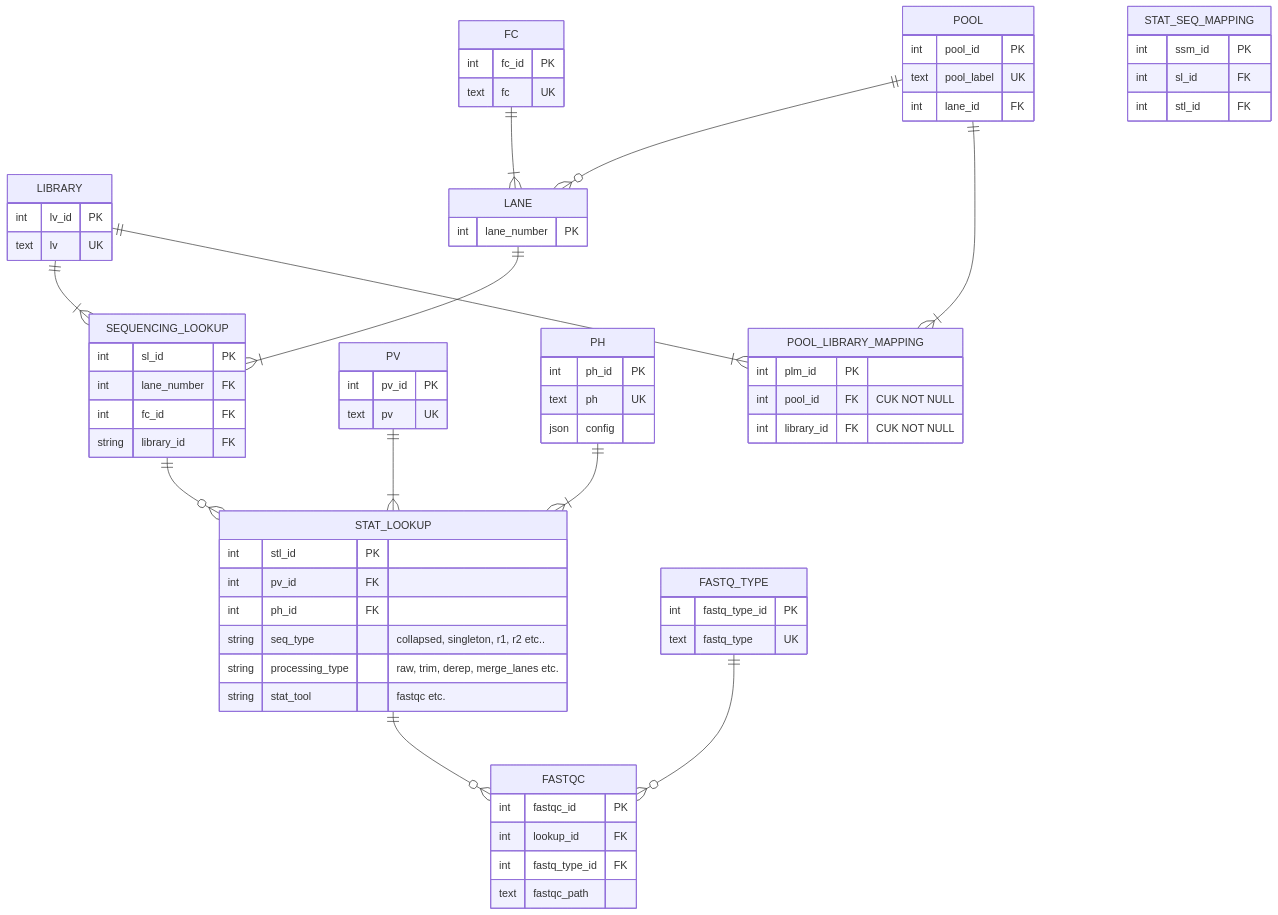
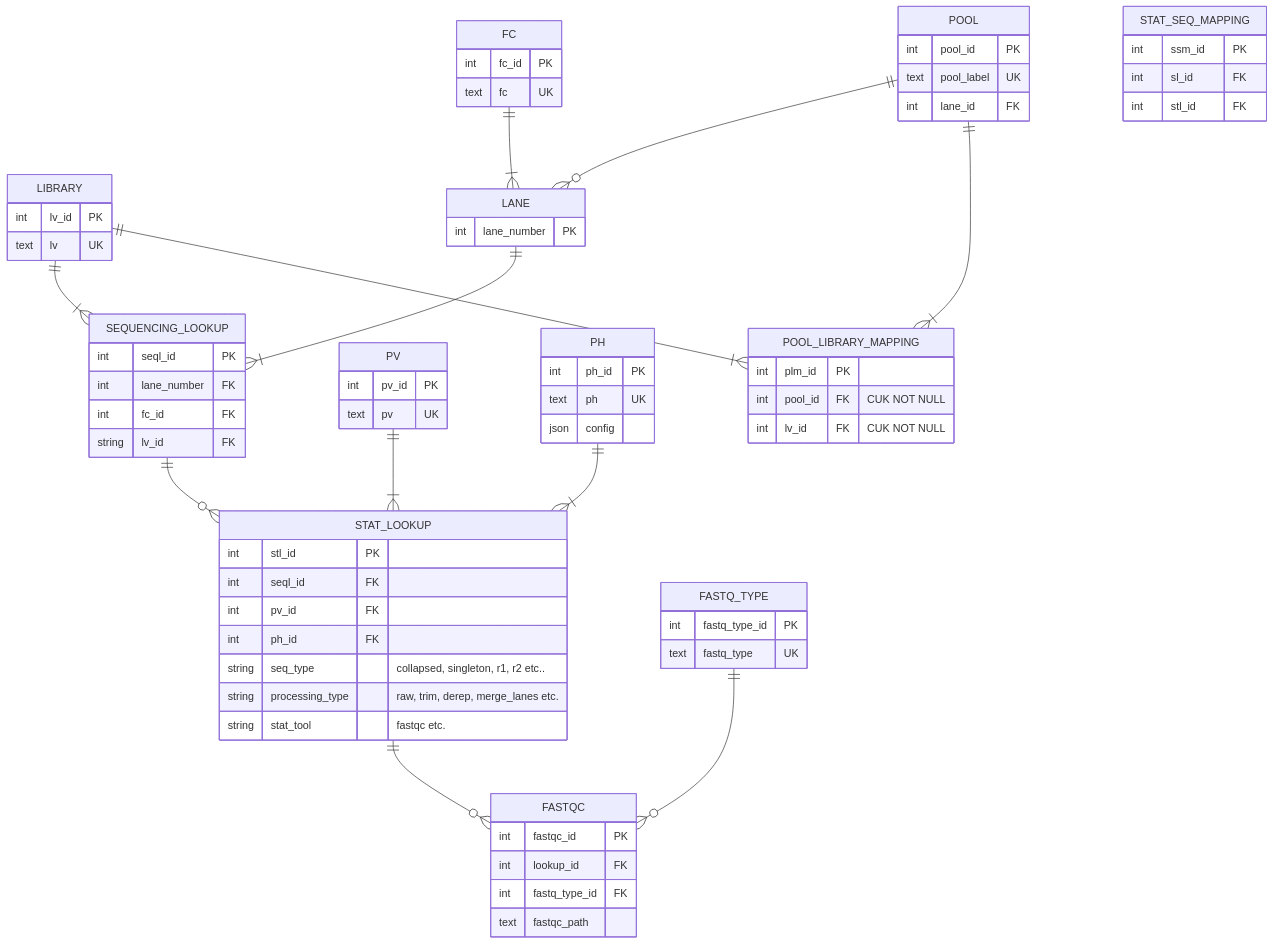
Before and after one commit to GeoGenetics/qc-parser: the diagram in diagrams/main diagrams/partly normalized.md, drawn with Mermaid.

Commit message:
Update partly normalized.md

```diff
--- a/diagrams/main diagrams/partly normalized.md
+++ b/diagrams/main diagrams/partly normalized.md
@@ -39,7 +39,7 @@
     POOL_LIBRARY_MAPPING {
         int plm_id PK
         int pool_id FK "CUK NOT NULL"
-        int library_id FK "CUK NOT NULL"        
+        int lv_id FK "CUK NOT NULL"        
 }
 
     PV {
@@ -54,14 +54,15 @@
     }
 
     SEQUENCING_LOOKUP {
-        int sl_id PK
+        int seql_id PK
         int lane_number FK 
         int fc_id FK
-        string library_id FK
+        string lv_id FK
 }
 
     STAT_LOOKUP {
         int stl_id PK
+        int seql_id FK
         int pv_id FK
         int ph_id FK
         string seq_type "collapsed, singleton, r1, r2 etc.."
```
